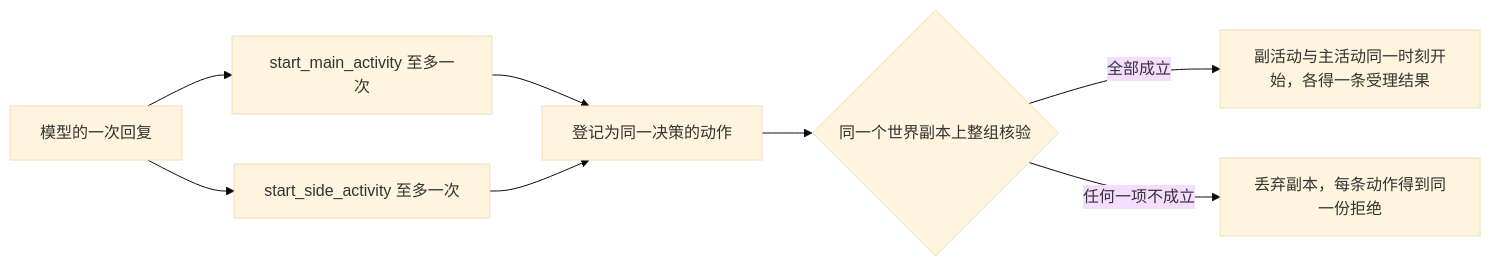
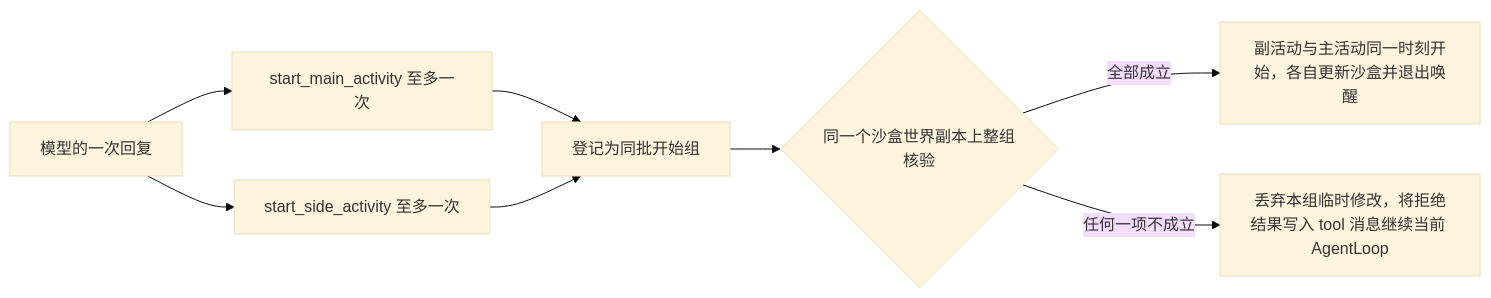
Before and after one commit to HoldThatThgt/WorldMock: the second of 4 diagrams in docs/design/04-simulation-engine.md, drawn with Mermaid (base theme). The commit also changed other lines of this file and 19 other files, not shown here.

````diff
--- a/docs/design/04-simulation-engine.md
+++ b/docs/design/04-simulation-engine.md
@@ -86,10 +90,10 @@
 ```mermaid
 flowchart LR
-    Reply[模型的一次回复] --> Main[start_main_activity 至多一次]
-    Reply --> Side[start_side_activity 至多一次]
-    Main --> Group[登记为同一决策的动作]
+    Reply["模型的一次回复"] --> Main["start_main_activity 至多一次"]
+    Reply --> Side["start_side_activity 至多一次"]
+    Main --> Group["登记为同批开始组"]
     Side --> Group
-    Group --> Check{同一个世界副本上整组核验}
-    Check -->|全部成立| Start[副活动与主活动同一时刻开始，各得一条受理结果]
-    Check -->|任何一项不成立| Reject[丢弃副本，每条动作得到同一份拒绝]
+    Group --> Check{"同一个沙盒世界副本上整组核验"}
+    Check -->|"全部成立"| Start["副活动与主活动同一时刻开始，各自更新沙盒并退出唤醒"]
+    Check -->|"任何一项不成立"| Reject["丢弃本组临时修改，将拒绝结果写入 tool 消息继续当前 AgentLoop"]
 ```
````
